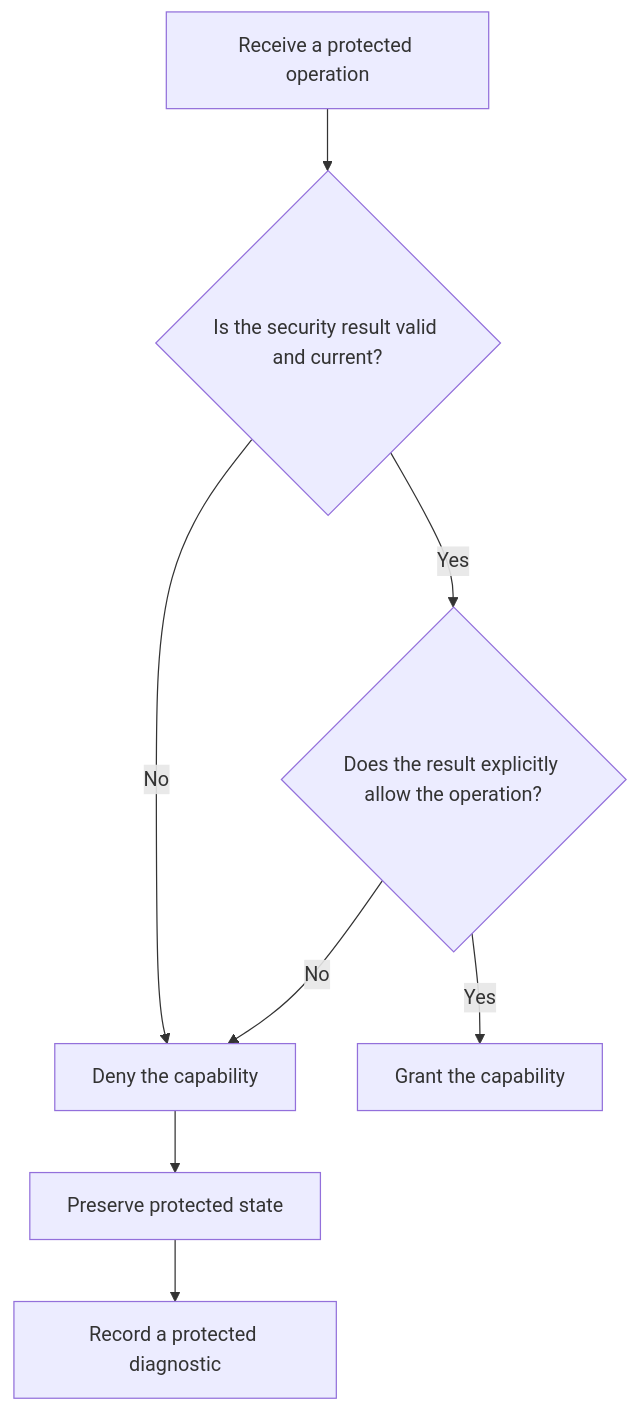
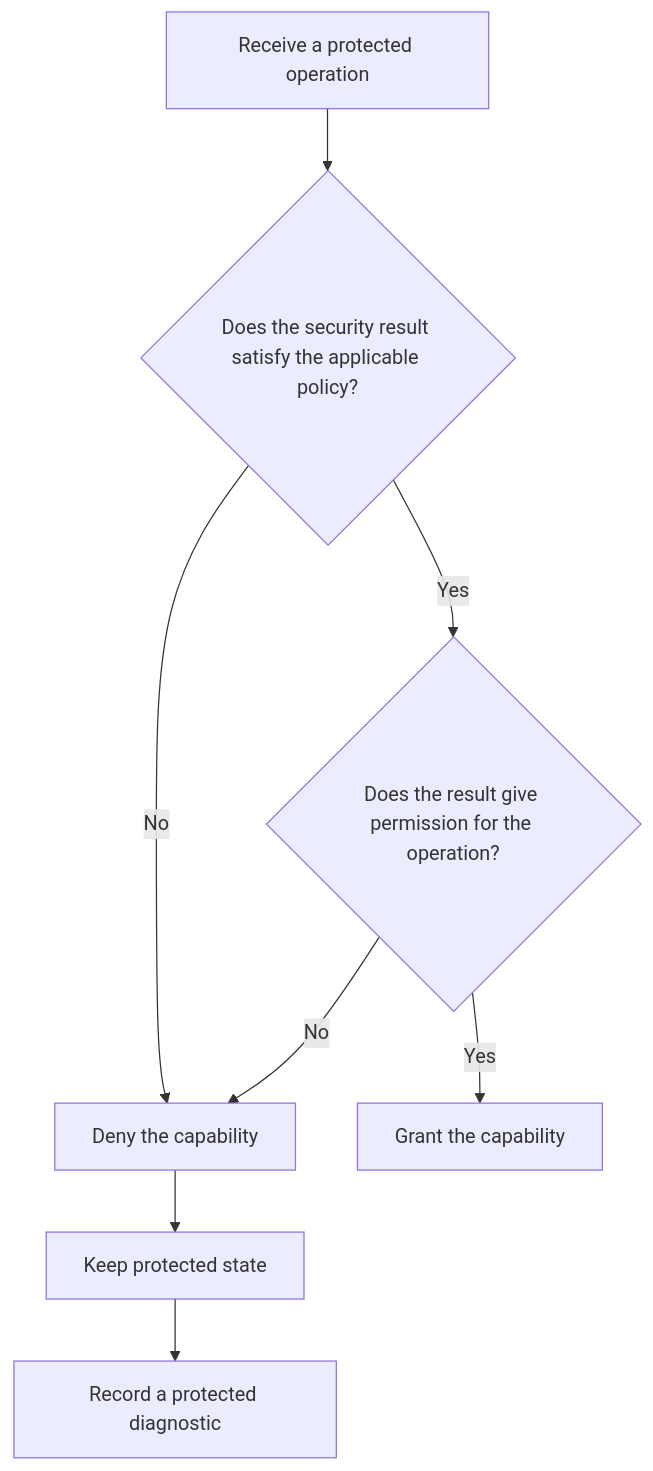
One commit to HomericIntelligence/Athena changed the diagram in docs/principles/details/p035-fail-secure-fail-closed.md. Above: the diagram before and after it, drawn with Mermaid. The commit also changed other lines of this file and 91 other files, not shown here.

````diff
--- a/docs/principles/details/p035-fail-secure-fail-closed.md
+++ b/docs/principles/details/p035-fail-secure-fail-closed.md
@@ -41,10 +42,10 @@
 ```mermaid
 flowchart TD
-    A["Receive a protected operation"] --> B{"Is the security result valid and current?"}
+    A["Receive a protected operation"] --> B{"Does the security result satisfy the applicable policy?"}
     B -- "No" --> C["Deny the capability"]
-    B -- "Yes" --> D{"Does the result explicitly allow the operation?"}
+    B -- "Yes" --> D{"Does the result give permission for the operation?"}
     D -- "No" --> C
     D -- "Yes" --> E["Grant the capability"]
-    C --> F["Preserve protected state"]
+    C --> F["Keep protected state"]
     F --> G["Record a protected diagnostic"]
 ```
````
